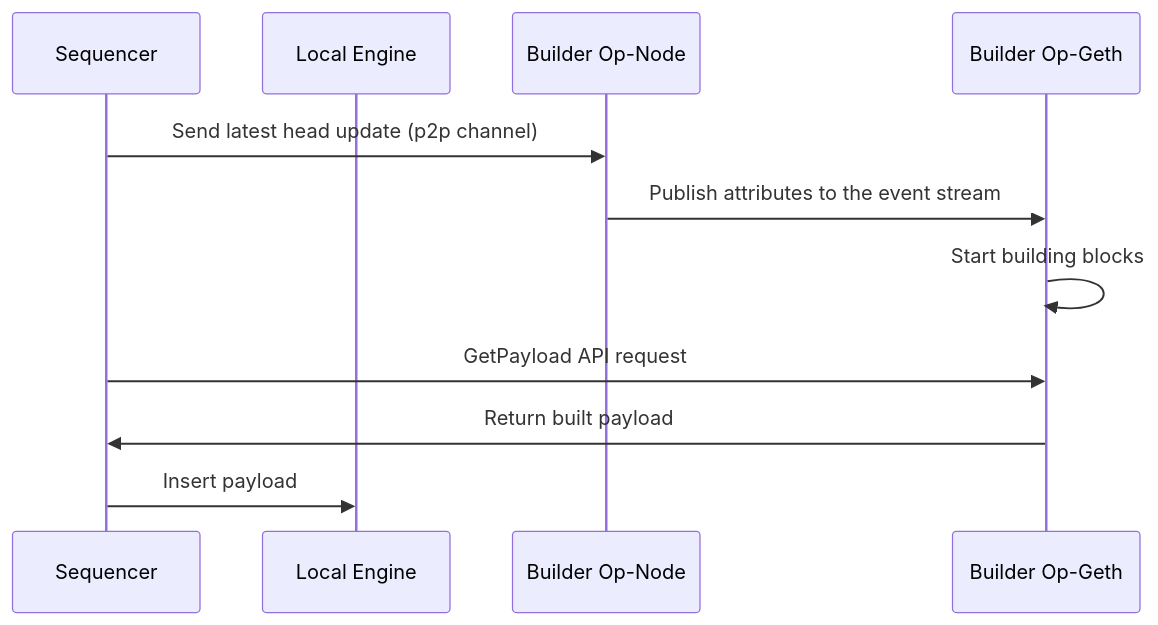
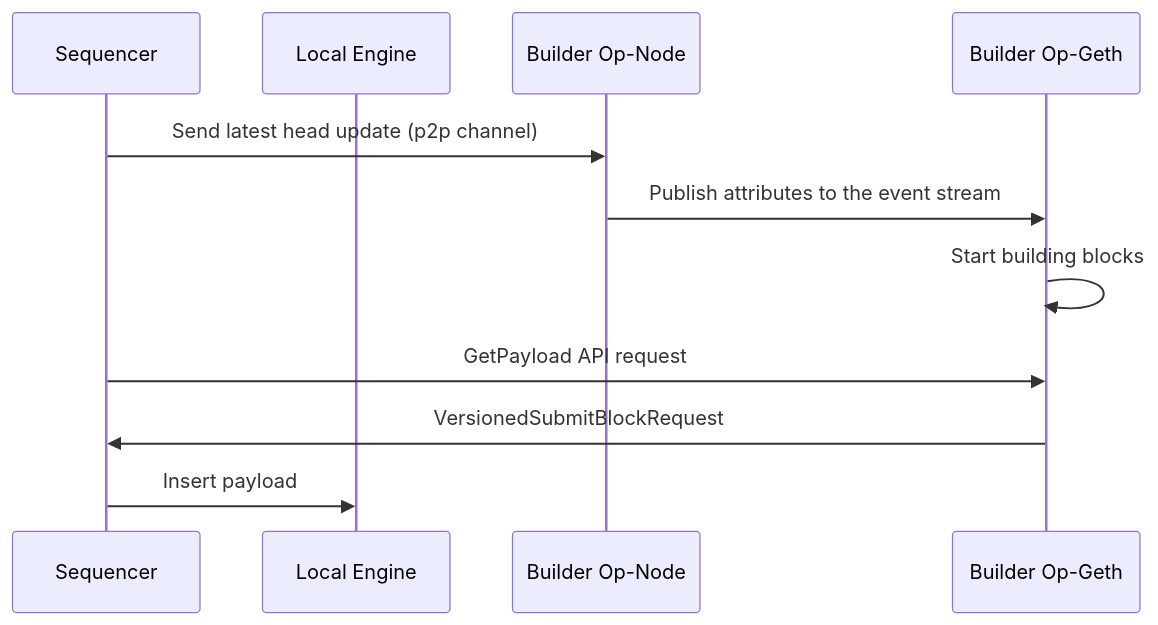
Before and after one commit to flashbots/op-geth: the diagram in README.md, drawn with Mermaid. The commit also changed other lines of this file, not shown here.

Commit message:
add table to fork name and payload version

````diff
--- a/README.md
+++ b/README.md
@@ -28,14 +37,14 @@
 ```mermaid
 sequenceDiagram
     participant SEQ as Sequencer
     participant ENGINE as Local Engine
     participant BOP as Builder Op-Node
     participant BUILDER as Builder Op-Geth
 
     SEQ->>BOP: Send latest head update (p2p channel)
     BOP->>BUILDER: Publish attributes to the event stream
     BUILDER->>BUILDER: Start building blocks
     SEQ->>BUILDER: GetPayload API request
-    BUILDER->>SEQ: Return built payload
+    BUILDER->>SEQ: VersionedSubmitBlockRequest
     SEQ->>ENGINE: Insert payload
 ```
````
